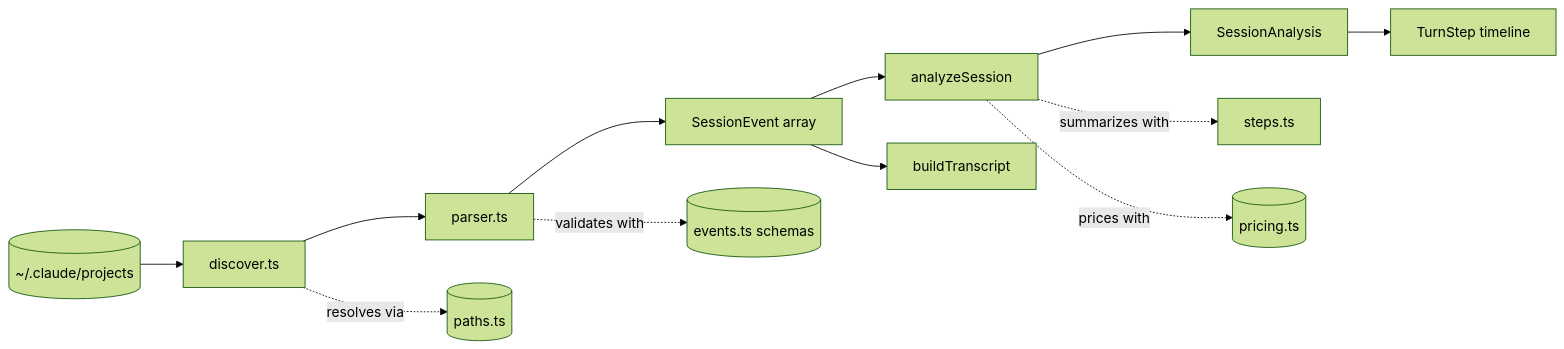
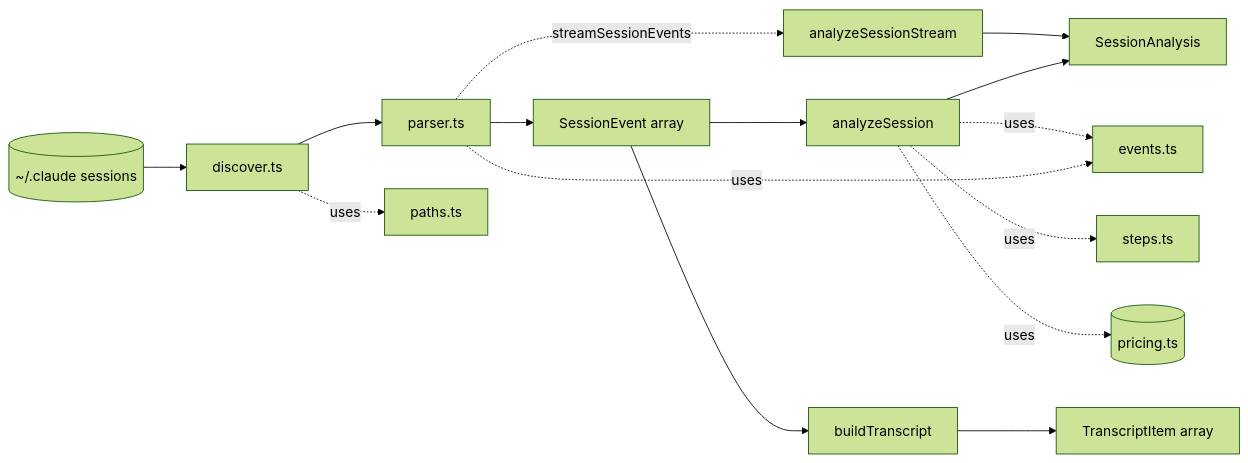
Before and after one commit to yorch/cc-analyzer: the first of 2 diagrams in wiki/2-core-analysis-engine.md, drawn with Mermaid (forest theme). The commit also changed other lines of this file and 19 other files, not shown here.

````diff
--- a/wiki/2-core-analysis-engine.md
+++ b/wiki/2-core-analysis-engine.md
@@ -25,15 +23,18 @@
 ```mermaid
 flowchart LR
-    Disk[(~/.claude/projects)] --> Discover[discover.ts]
-    Discover --> Parser[parser.ts]
-    Parser --> Events[SessionEvent array]
-    Events --> Analyze[analyzeSession]
-    Events --> Transcript[buildTranscript]
-    Analyze --> Analysis[SessionAnalysis]
-    Analysis --> Steps[TurnStep timeline]
+    Disk[(~/.claude sessions)] --> discover[discover.ts]
+    discover --> parser[parser.ts]
+    parser --> Events[SessionEvent array]
+    Events --> analyze[analyzeSession]
+    parser -. streamSessionEvents .-> stream[analyzeSessionStream]
+    stream --> Analysis[SessionAnalysis]
+    analyze --> Analysis
+    Events --> transcript[buildTranscript]
+    transcript --> Items[TranscriptItem array]
 
-    Parser -.validates with.-> Schemas[(events.ts schemas)]
-    Analyze -.summarizes with.-> StepsMod[steps.ts]
-    Analyze -.prices with.-> Pricing[(pricing.ts)]
-    Discover -.resolves via.-> Paths[(paths.ts)]
+    analyze -.uses.-> events[events.ts]
+    analyze -.uses.-> steps[steps.ts]
+    analyze -.uses.-> pricing[(pricing.ts)]
+    parser -.uses.-> events
+    discover -.uses.-> paths[paths.ts]
 ```
````
